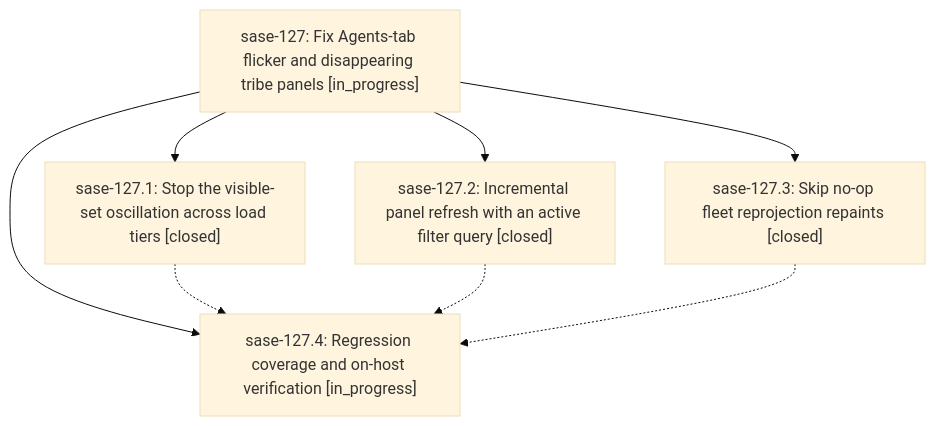
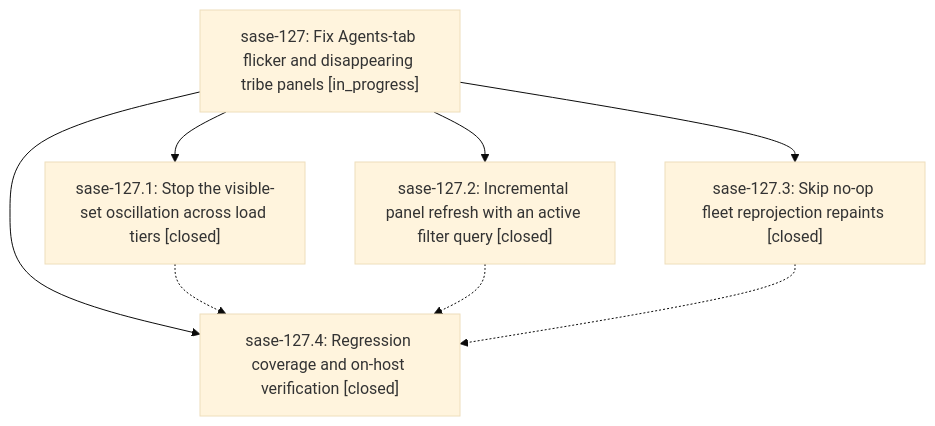
Before and after one commit to sase-org/sase--beads: the diagram in pages/sase-127/README.md, drawn with Mermaid (base theme). The commit also changed other lines of this file and 4 other files, not shown here.

````diff
--- a/pages/sase-127/README.md
+++ b/pages/sase-127/README.md
@@ -25,15 +25,15 @@
 ```mermaid
 flowchart TD
     n0["sase-127: Fix Agents-tab flicker and disappearing tribe panels [in_progress]"]
     n1["sase-127.1: Stop the visible-set oscillation across load tiers [closed]"]
     n2["sase-127.2: Incremental panel refresh with an active filter query [closed]"]
     n3["sase-127.3: Skip no-op fleet reprojection repaints [closed]"]
-    n4["sase-127.4: Regression coverage and on-host verification [in_progress]"]
+    n4["sase-127.4: Regression coverage and on-host verification [closed]"]
     n0 --> n1
     n0 --> n2
     n0 --> n3
     n0 --> n4
     n1 -.-> n4
     n2 -.-> n4
     n3 -.-> n4
 ```
````
